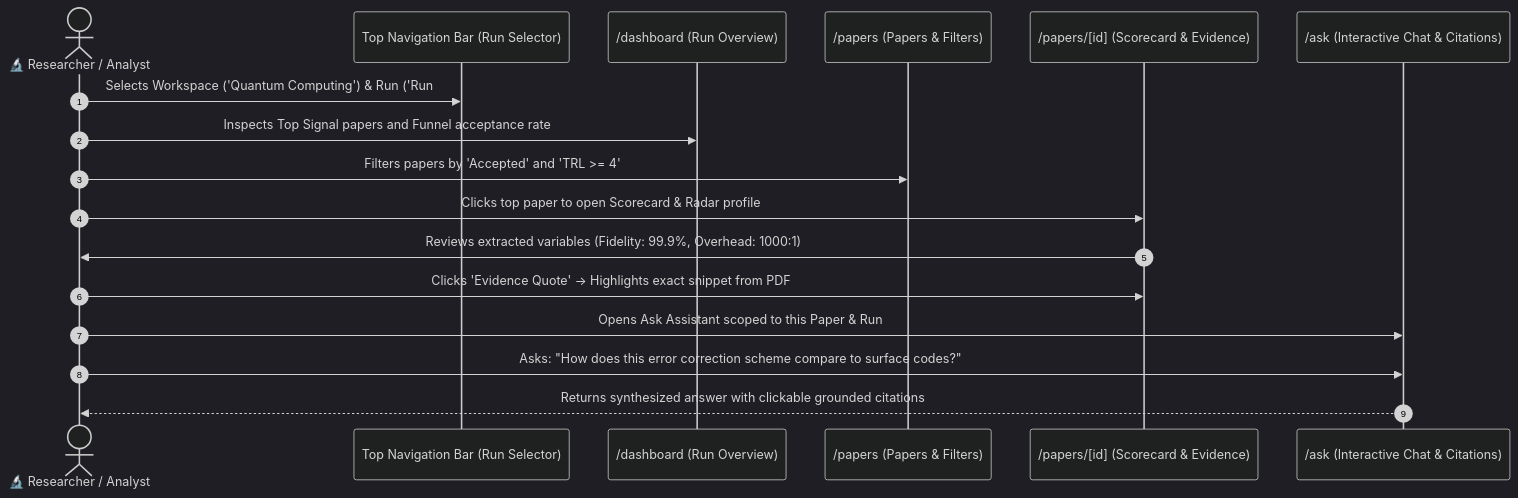
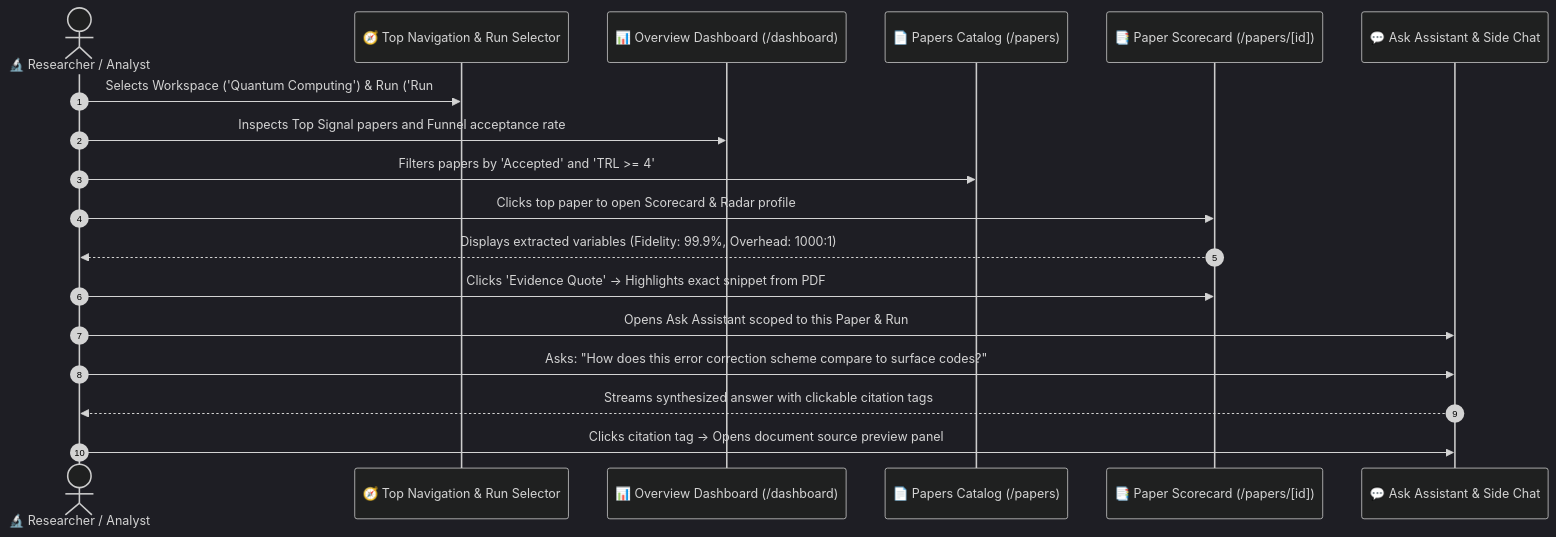
Before and after one commit to p4ku/research-intelligence: the third of 5 diagrams in docs/user_journeys/stage_2_user_journeys.md, drawn with Mermaid (dark theme). The commit also changed other lines of this file, not shown here.

````diff
--- a/docs/user_journeys/stage_2_user_journeys.md
+++ b/docs/user_journeys/stage_2_user_journeys.md
@@ -175,20 +181,21 @@
 ```mermaid
 sequenceDiagram
     autonumber
     actor Res as 🔬 Researcher / Analyst
-    participant TopBar as Top Navigation Bar (Run Selector)
-    participant Overview as /dashboard (Run Overview)
-    participant PapersUI as /papers (Papers & Filters)
-    participant DetailUI as /papers/[id] (Scorecard & Evidence)
-    participant AskUI as /ask (Interactive Chat & Citations)
+    participant TopBar as 🧭 Top Navigation & Run Selector
+    participant Overview as 📊 Overview Dashboard (/dashboard)
+    participant PapersUI as 📄 Papers Catalog (/papers)
+    participant DetailUI as 📑 Paper Scorecard (/papers/[id])
+    participant AskUI as 💬 Ask Assistant & Side Chat
 
     Res->>TopBar: Selects Workspace ('Quantum Computing') & Run ('Run #14')
     Res->>Overview: Inspects Top Signal papers and Funnel acceptance rate
     Res->>PapersUI: Filters papers by 'Accepted' and 'TRL >= 4'
     Res->>DetailUI: Clicks top paper to open Scorecard & Radar profile
-    DetailUI->>Res: Reviews extracted variables (Fidelity: 99.9%, Overhead: 1000:1)
+    DetailUI-->>Res: Displays extracted variables (Fidelity: 99.9%, Overhead: 1000:1)
     Res->>DetailUI: Clicks 'Evidence Quote' -> Highlights exact snippet from PDF
     Res->>AskUI: Opens Ask Assistant scoped to this Paper & Run
     Res->>AskUI: Asks: "How does this error correction scheme compare to surface codes?"
-    AskUI-->>Res: Returns synthesized answer with clickable grounded citations
+    AskUI-->>Res: Streams synthesized answer with clickable citation tags
+    Res->>AskUI: Clicks citation tag -> Opens document source preview panel
 ```
````
